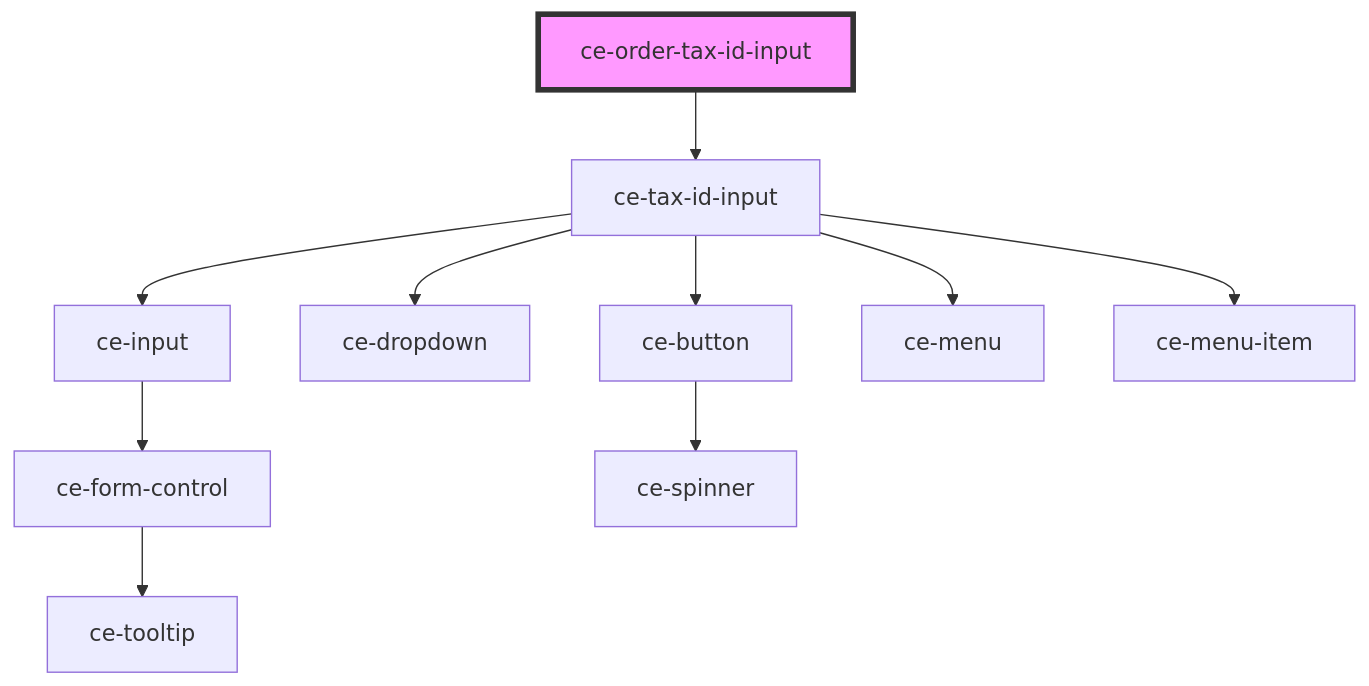
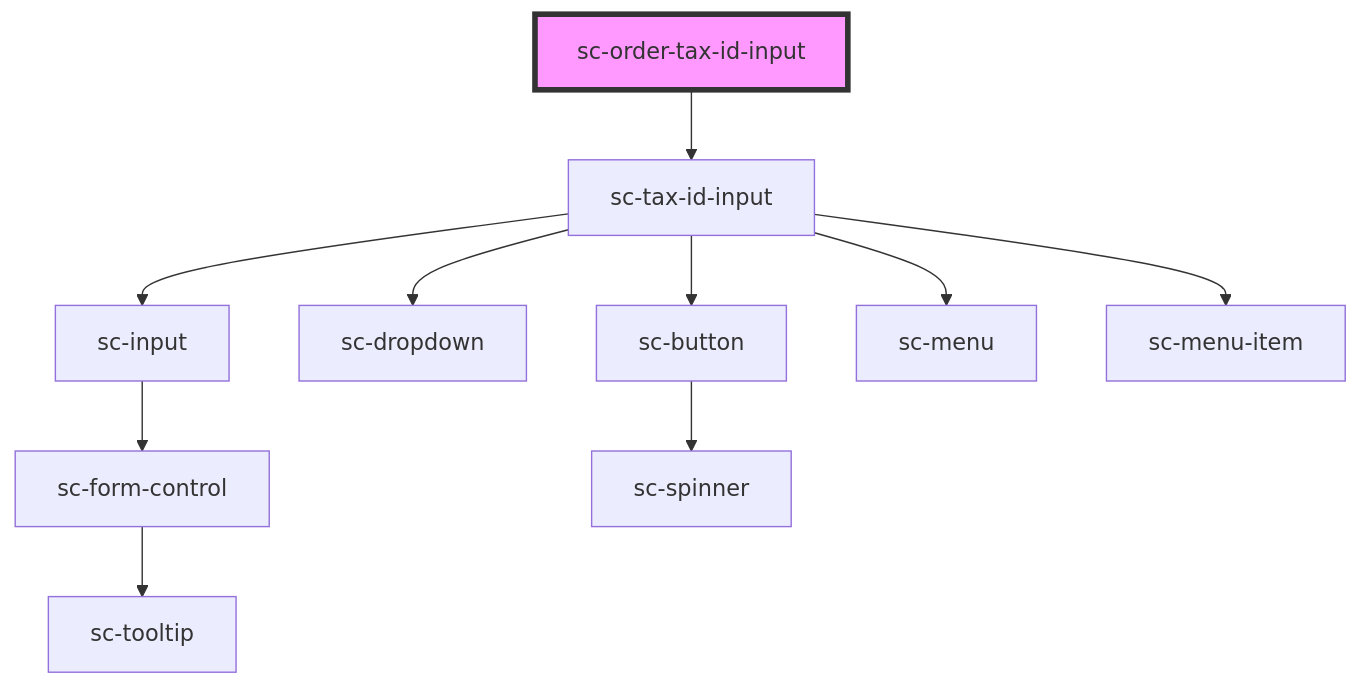
One commit to surecart/surecart-wp-plugin changed the diagram in packages/components/src/components/controllers/checkout-form/order-tax-id-input/readme.md. Above: the diagram before and after it, drawn with Mermaid. The commit also changed other lines of this file and 1281 other files, not shown here.

````diff
--- a/packages/components/src/components/controllers/checkout-form/order-tax-id-input/readme.md
+++ b/packages/components/src/components/controllers/checkout-form/order-tax-id-input/readme.md
@@ -30,13 +30,13 @@
 ```mermaid
 graph TD;
-  ce-order-tax-id-input --> ce-tax-id-input
-  ce-tax-id-input --> ce-input
-  ce-tax-id-input --> ce-dropdown
-  ce-tax-id-input --> ce-button
-  ce-tax-id-input --> ce-menu
-  ce-tax-id-input --> ce-menu-item
-  ce-input --> ce-form-control
-  ce-form-control --> ce-tooltip
-  ce-button --> ce-spinner
-  style ce-order-tax-id-input fill:#f9f,stroke:#333,stroke-width:4px
+  sc-order-tax-id-input --> sc-tax-id-input
+  sc-tax-id-input --> sc-input
+  sc-tax-id-input --> sc-dropdown
+  sc-tax-id-input --> sc-button
+  sc-tax-id-input --> sc-menu
+  sc-tax-id-input --> sc-menu-item
+  sc-input --> sc-form-control
+  sc-form-control --> sc-tooltip
+  sc-button --> sc-spinner
+  style sc-order-tax-id-input fill:#f9f,stroke:#333,stroke-width:4px
 ```
````
